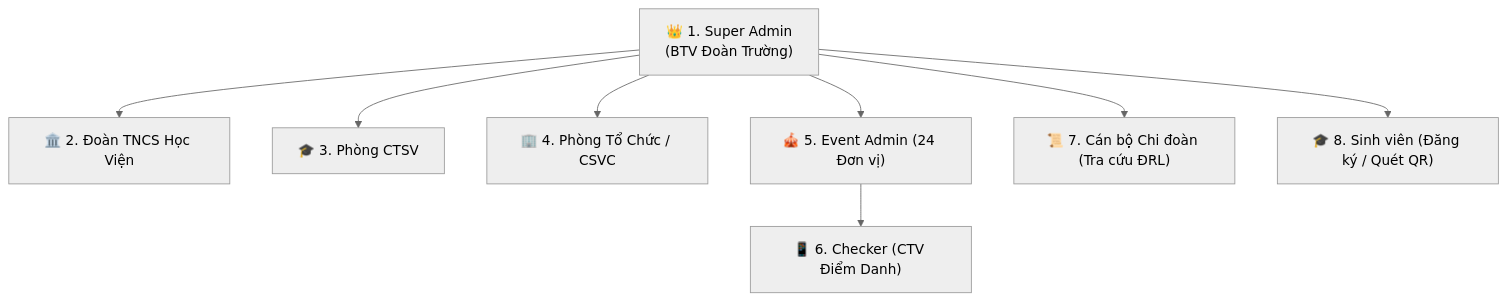
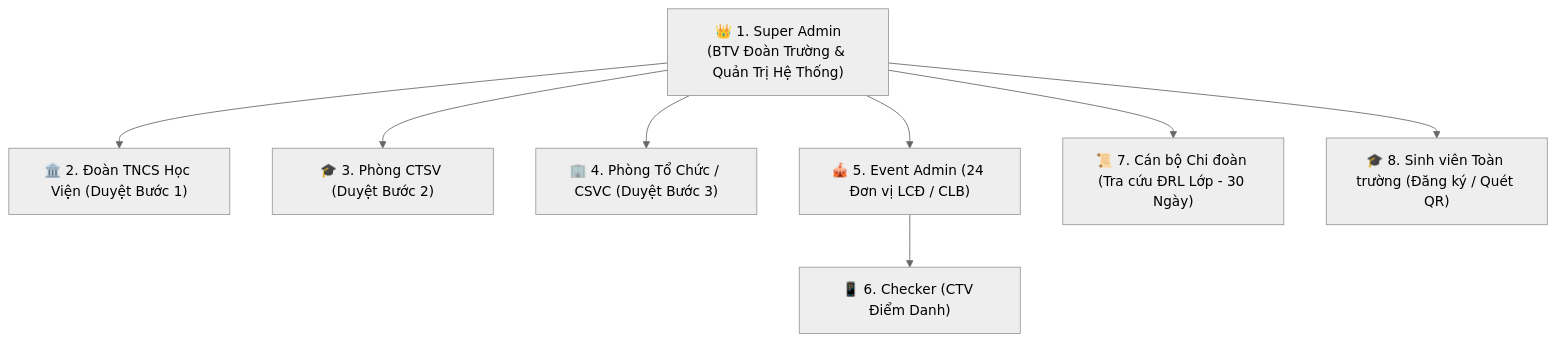
One commit to ntphong2104/HOATDONGDOAN changed the first of 5 diagrams in DOCS_NGHIEP_VU.md. Above: the diagram before and after it, drawn with Mermaid (neutral theme). The commit also changed other lines of this file, not shown here.

Commit message:
docs(business): update DOCS_NGHIEP_VU.md with multi-account officer RBAC, audit log confidentiality, and root admin protection

````diff
--- a/DOCS_NGHIEP_VU.md
+++ b/DOCS_NGHIEP_VU.md
@@ -78,10 +80,10 @@
 ```mermaid
 graph TD
-    SA["👑 1. Super Admin<br/>(BTV Đoàn Trường)"] --> YU["🏛️ 2. Đoàn TNCS Học Viện"]
-    SA --> CTSV["🎓 3. Phòng CTSV"]
-    SA --> FAC["🏢 4. Phòng Tổ Chức / CSVC"]
-    SA --> EA["🎪 5. Event Admin (24 Đơn vị)"]
+    SA["👑 1. Super Admin<br/>(BTV Đoàn Trường & Quản Trị Hệ Thống)"] --> YU["🏛️ 2. Đoàn TNCS Học Viện (Duyệt Bước 1)"]
+    SA --> CTSV["🎓 3. Phòng CTSV (Duyệt Bước 2)"]
+    SA --> FAC["🏢 4. Phòng Tổ Chức / CSVC (Duyệt Bước 3)"]
+    SA --> EA["🎪 5. Event Admin (24 Đơn vị LCĐ / CLB)"]
     EA --> CK["📱 6. Checker (CTV Điểm Danh)"]
-    SA --> DEL["📜 7. Cán bộ Chi đoàn (Tra cứu ĐRL)"]
-    SA --> STU["🎓 8. Sinh viên (Đăng ký / Quét QR)"]
+    SA --> DEL["📜 7. Cán bộ Chi đoàn (Tra cứu ĐRL Lớp - 30 Ngày)"]
+    SA --> STU["🎓 8. Sinh viên Toàn trường (Đăng ký / Quét QR)"]
 ```
````
